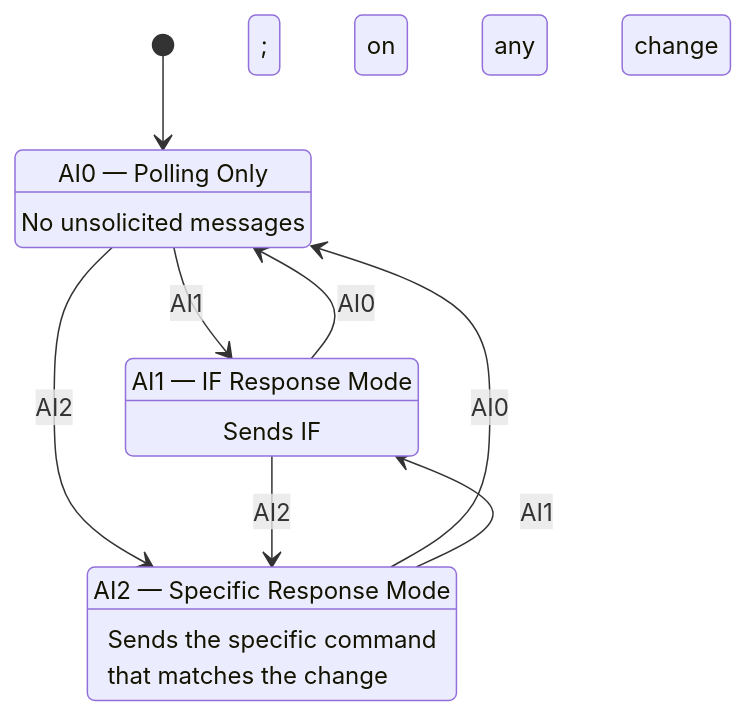
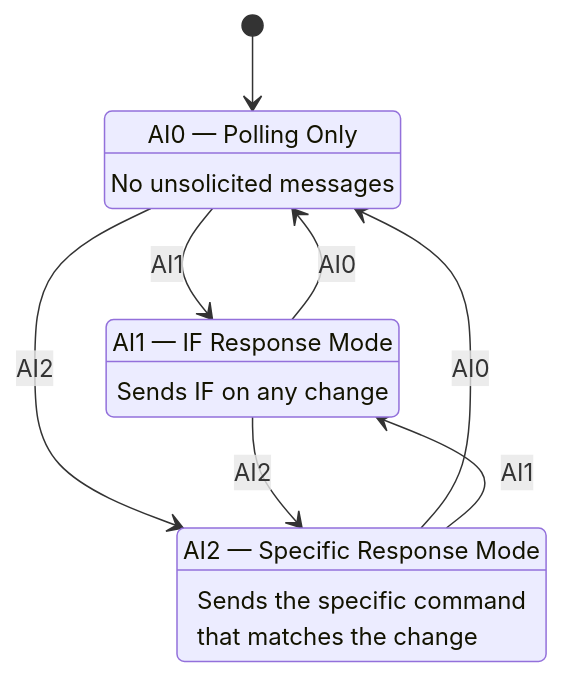
One commit to radiolabme/elecraft-docs changed the first of 2 diagrams in src/content/docs/programming/events.md. Above: the diagram before and after it, drawn with Mermaid. The commit also changed 7 other files, not shown here.

First line of the commit message:
Fix Mermaid state diagram parse errors caused by semicolons in transition labels

````diff
--- a/src/content/docs/programming/events.md
+++ b/src/content/docs/programming/events.md
@@ -18,19 +18,19 @@
 ```mermaid
 stateDiagram-v2
     [*] --> AI0
     AI0: AI0 — Polling Only
     AI0: No unsolicited messages
-    AI0 --> AI1: AI1;
-    AI0 --> AI2: AI2;
+    AI0 --> AI1 : AI1
+    AI0 --> AI2 : AI2
 
     AI1: AI1 — IF Response Mode
-    AI1: Sends IF; on any change
-    AI1 --> AI0: AI0;
-    AI1 --> AI2: AI2;
+    AI1: Sends IF on any change
+    AI1 --> AI0 : AI0
+    AI1 --> AI2 : AI2
 
     AI2: AI2 — Specific Response Mode
     AI2: Sends the specific command
     AI2: that matches the change
-    AI2 --> AI0: AI0;
-    AI2 --> AI1: AI1;
+    AI2 --> AI0 : AI0
+    AI2 --> AI1 : AI1
 ```
````
